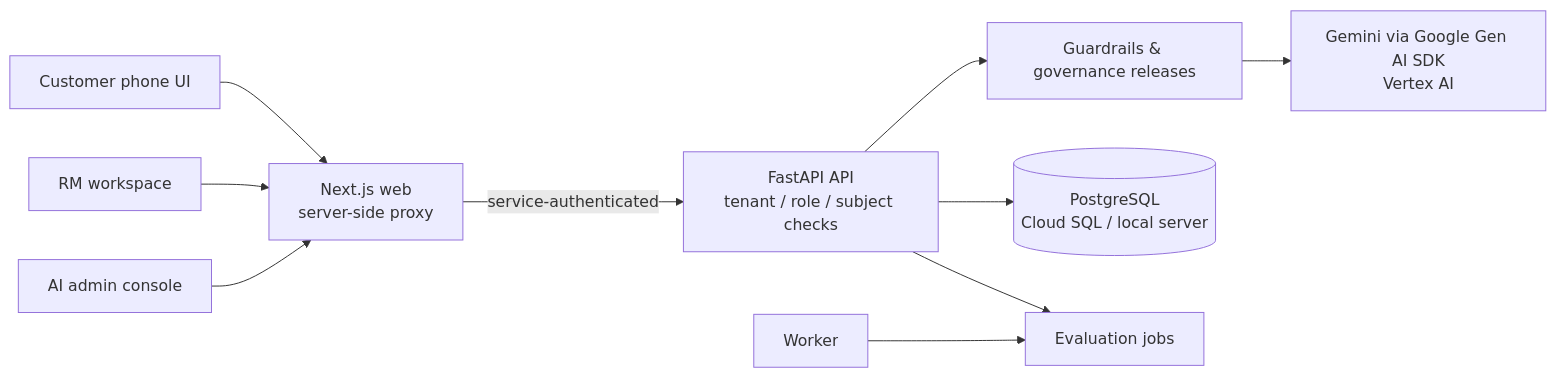
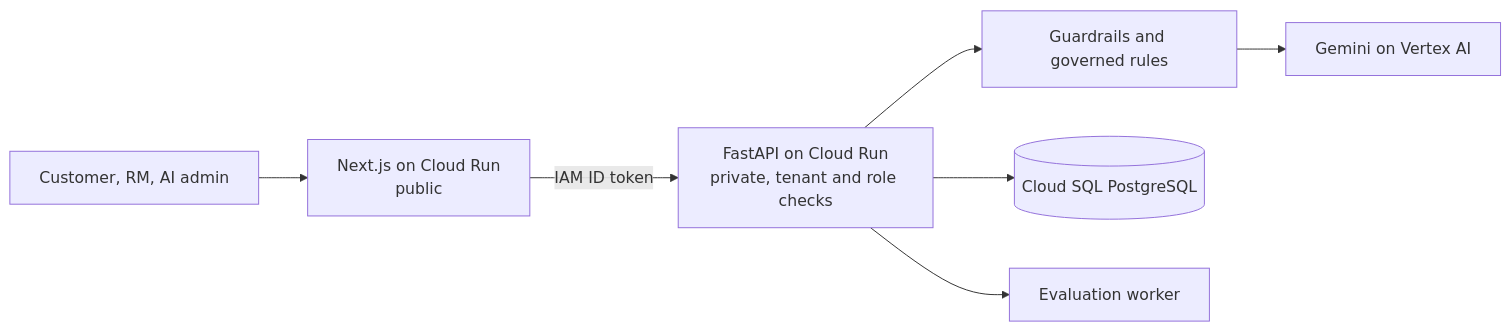
The second of 2 diagrams in README.md (imamjabar/nextrm), drawn with Mermaid before and after one commit. The commit also changed other lines of this file and 57 other files, not shown here.

````diff
--- a/README.md
+++ b/README.md
@@ -66,12 +139,9 @@
 ```mermaid
 flowchart LR
-  C[Customer phone UI] --> W
-  R[RM workspace] --> W
-  A[AI admin console] --> W
-  W[Next.js web<br/>server-side proxy] -->|service-authenticated| API[FastAPI API<br/>tenant / role / subject checks]
-  API --> G[Guardrails & governance releases]
-  G --> M[Gemini via Google Gen AI SDK<br/>Vertex AI]
-  API --> DB[(PostgreSQL<br/>Cloud SQL / local server)]
-  API --> Q[Evaluation jobs]
-  WK[Worker] --> Q
+  U[Customer, RM, AI admin] --> W[Next.js on Cloud Run<br/>public]
+  W -->|IAM ID token| API[FastAPI on Cloud Run<br/>private, tenant and role checks]
+  API --> G[Guardrails and governed rules]
+  G --> M[Gemini on Vertex AI]
+  API --> DB[(Cloud SQL PostgreSQL)]
+  API --> WK[Evaluation worker]
 ```
````
